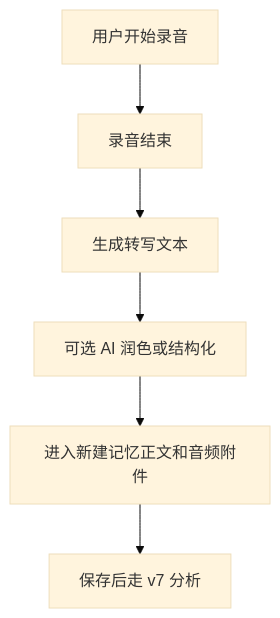
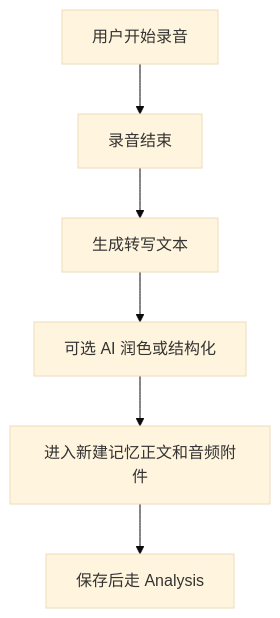
Before and after one commit to daaihang/sprout: the second of 7 diagrams in docs/mory_system_handbook_zh/03_user_journeys.md, drawn with Mermaid (base theme). The commit also changed other lines of this file and 90 other files, not shown here.

````diff
--- a/docs/mory_system_handbook_zh/03_user_journeys.md
+++ b/docs/mory_system_handbook_zh/03_user_journeys.md
@@ -31,8 +31,8 @@
 ```mermaid
 flowchart TD
     A["用户开始录音"] --> B["录音结束"]
     B --> C["生成转写文本"]
     C --> D["可选 AI 润色或结构化"]
     D --> E["进入新建记忆正文和音频附件"]
-    E --> F["保存后走 v7 分析"]
+    E --> F["保存后走 Analysis"]
 ```
````
